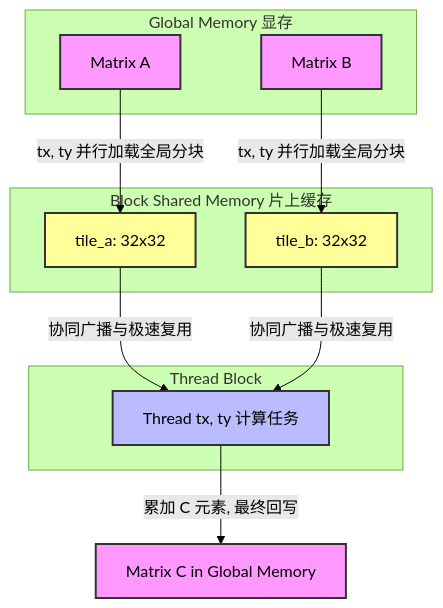
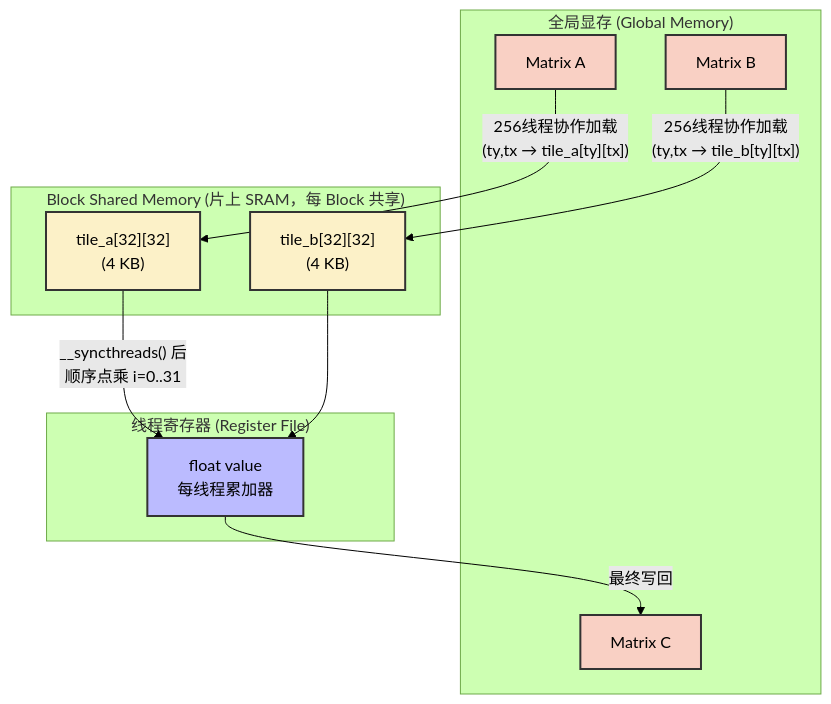
The first of 2 diagrams in 01_Basics/README.md (psmarter/CUDA-Practice), drawn with Mermaid (forest theme) before and after one commit. The commit also changed other lines of this file and 14 other files, not shown here.

````diff
--- a/01_Basics/README.md
+++ b/01_Basics/README.md
@@ -43,26 +49,27 @@
 ```mermaid
 graph TD
-    classDef globalMem fill:#f9f,stroke:#333,stroke-width:2px;
-    classDef sharedMem fill:#ff9,stroke:#333,stroke-width:2px;
-    classDef threadBlock fill:#bbf,stroke:#333,stroke-width:2px;
+    classDef gm fill:#f9d0c4,stroke:#333,stroke-width:2px;
+    classDef sm fill:#fcf1c8,stroke:#333,stroke-width:2px;
+    classDef reg fill:#bbf,stroke:#333,stroke-width:2px;
 
-    subgraph Global_Memory [Global Memory 显存]
-        A[Matrix A]:::globalMem
-        B[Matrix B]:::globalMem
+    subgraph "全局显存 (Global Memory)"
+        A[Matrix A]:::gm
+        B[Matrix B]:::gm
+        C[Matrix C]:::gm
     end
 
-    subgraph Block_Shared_Memory [Block Shared Memory 片上缓存]
-        SA[tile_a: 32x32]:::sharedMem
-        SB[tile_b: 32x32]:::sharedMem
+    subgraph "Block Shared Memory (片上 SRAM，每 Block 共享)"
+        SA["tile_a[32][32]\n(4 KB)"]:::sm
+        SB["tile_b[32][32]\n(4 KB)"]:::sm
     end
 
-    subgraph Thread_Block [Thread Block]
-        T[Thread tx, ty 计算任务]:::threadBlock
+    subgraph "线程寄存器 (Register File)"
+        R["float value\n每线程累加器"]:::reg
     end
-    
-    A -- "tx, ty 并行加载全局分块" --> SA
-    B -- "tx, ty 并行加载全局分块" --> SB
-    SA -- "协同广播与极速复用" --> T
-    SB -- "协同广播与极速复用" --> T
-    T -- "累加 C 元素, 最终回写" --> C[Matrix C in Global Memory]:::globalMem
+
+    A -- "256线程协作加载\n(ty,tx → tile_a[ty][tx])" --> SA
+    B -- "256线程协作加载\n(ty,tx → tile_b[ty][tx])" --> SB
+    SA -- "__syncthreads() 后\n顺序点乘 i=0..31" --> R
+    SB --> R
+    R -- "最终写回" --> C
 ```
````
